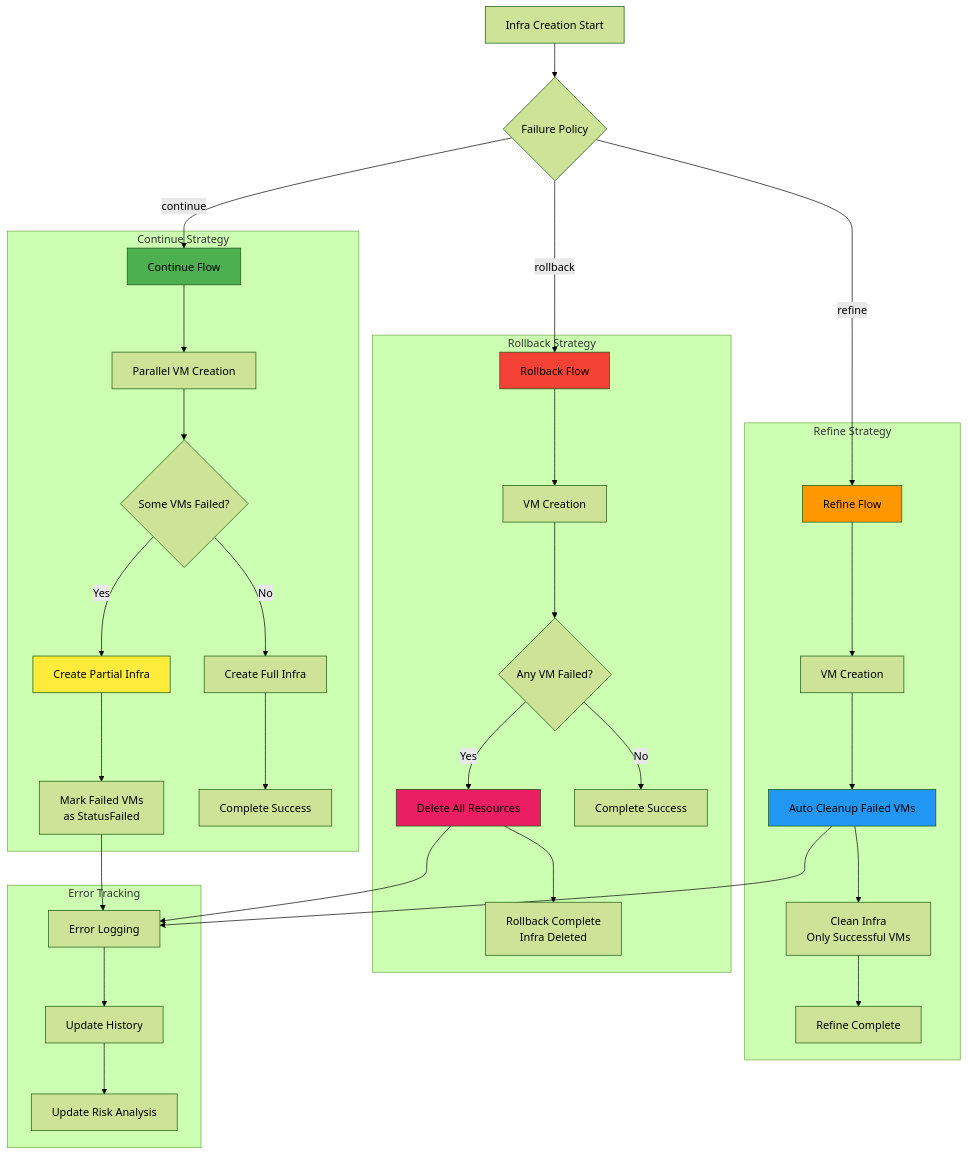
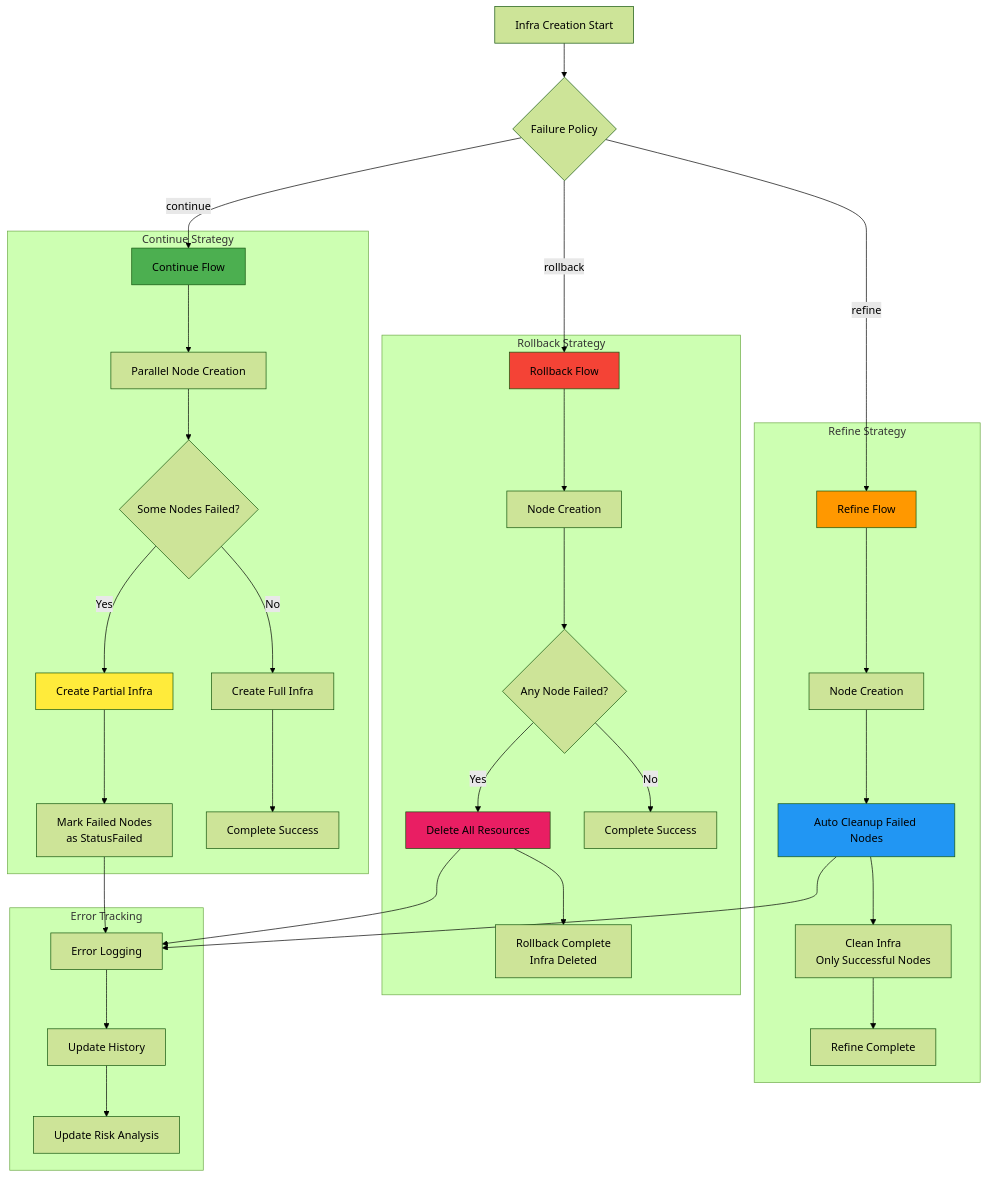
The seventh of 9 diagrams in docs/feature_guide/high-scale-provisioning-architecture.md (cloud-barista/cb-tumblebug), drawn with Mermaid (forest theme) before and after one commit. The commit also changed other lines of this file and 81 other files, not shown here.

````diff
--- a/docs/feature_guide/high-scale-provisioning-architecture.md
+++ b/docs/feature_guide/high-scale-provisioning-architecture.md
@@ -316,47 +316,47 @@
 ```mermaid
 flowchart TD
     Infra_START[Infra Creation Start] --> POLICY{Failure Policy}
     
     POLICY -->|continue| CONTINUE_FLOW[Continue Flow]
     POLICY -->|rollback| ROLLBACK_FLOW[Rollback Flow]
     POLICY -->|refine| REFINE_FLOW[Refine Flow]
     
     subgraph "Continue Strategy"
-        CONTINUE_FLOW --> VM_PARALLEL[Parallel VM Creation]
-        VM_PARALLEL --> SOME_FAIL{Some VMs Failed?}
+        CONTINUE_FLOW --> VM_PARALLEL[Parallel Node Creation]
+        VM_PARALLEL --> SOME_FAIL{Some Nodes Failed?}
         SOME_FAIL -->|Yes| PARTIAL_Infra[Create Partial Infra]
         SOME_FAIL -->|No| FULL_Infra[Create Full Infra]
-        PARTIAL_Infra --> MARK_FAILED[Mark Failed VMs<br/>as StatusFailed]
+        PARTIAL_Infra --> MARK_FAILED[Mark Failed Nodes<br/>as StatusFailed]
         FULL_Infra --> SUCCESS_COMPLETE[Complete Success]
     end
     
     subgraph "Rollback Strategy"
-        ROLLBACK_FLOW --> VM_CREATE_RB[VM Creation]
-        VM_CREATE_RB --> ANY_FAIL{Any VM Failed?}
+        ROLLBACK_FLOW --> VM_CREATE_RB[Node Creation]
+        VM_CREATE_RB --> ANY_FAIL{Any Node Failed?}
         ANY_FAIL -->|Yes| CLEANUP_ALL[Delete All Resources]
         ANY_FAIL -->|No| SUCCESS_RB[Complete Success]
         CLEANUP_ALL --> ROLLBACK_COMPLETE[Rollback Complete<br/>Infra Deleted]
     end
     
     subgraph "Refine Strategy"
-        REFINE_FLOW --> VM_CREATE_RF[VM Creation]
-        VM_CREATE_RF --> AUTO_CLEANUP[Auto Cleanup Failed VMs]
-        AUTO_CLEANUP --> CLEAN_Infra[Clean Infra<br/>Only Successful VMs]
+        REFINE_FLOW --> VM_CREATE_RF[Node Creation]
+        VM_CREATE_RF --> AUTO_CLEANUP[Auto Cleanup Failed Nodes]
+        AUTO_CLEANUP --> CLEAN_Infra[Clean Infra<br/>Only Successful Nodes]
         CLEAN_Infra --> REFINE_COMPLETE[Refine Complete]
     end
     
     subgraph "Error Tracking"
         MARK_FAILED --> ERROR_LOG[Error Logging]
         CLEANUP_ALL --> ERROR_LOG
         AUTO_CLEANUP --> ERROR_LOG
         ERROR_LOG --> HIST_UPDATE[Update History]
         HIST_UPDATE --> RISK_UPDATE[Update Risk Analysis]
     end
     
     style CONTINUE_FLOW fill:#4caf50
     style ROLLBACK_FLOW fill:#f44336
     style REFINE_FLOW fill:#ff9800
     style PARTIAL_Infra fill:#ffeb3b
     style CLEANUP_ALL fill:#e91e63
     style AUTO_CLEANUP fill:#2196f3
 ```
````
